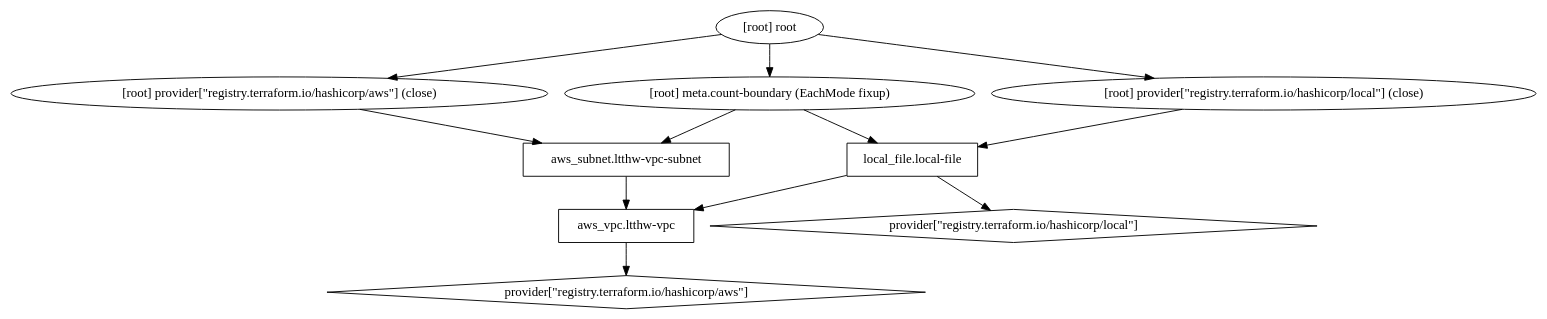
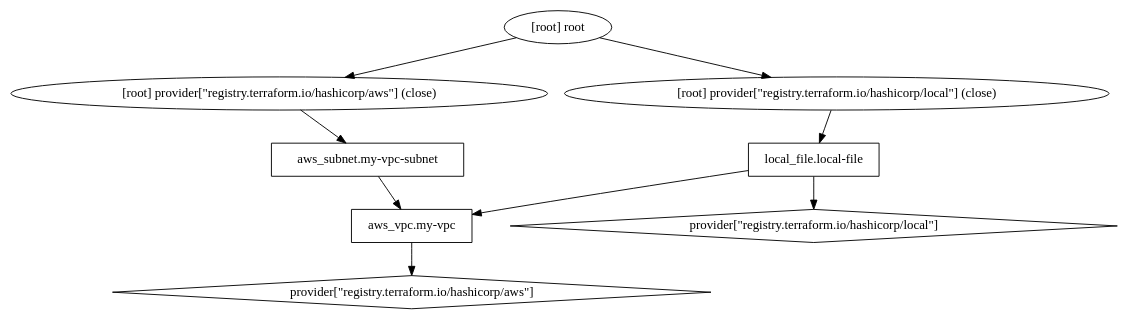
Before and after one commit to hilyas/terraform-cheat-sheet: the diagram in aws_vpc/graph.dot, drawn with Graphviz. The commit also changed 3 other files, not shown here.

```diff
--- a/aws_vpc/graph.dot
+++ b/aws_vpc/graph.dot
@@ -1,22 +1,19 @@
 digraph {
 	compound = "true"
 	newrank = "true"
 	subgraph "root" {
-		"[root] aws_subnet.ltthw-vpc-subnet (expand)" [label = "aws_subnet.ltthw-vpc-subnet", shape = "box"]
-		"[root] aws_vpc.ltthw-vpc (expand)" [label = "aws_vpc.ltthw-vpc", shape = "box"]
+		"[root] aws_subnet.my-vpc-subnet (expand)" [label = "aws_subnet.my-vpc-subnet", shape = "box"]
+		"[root] aws_vpc.my-vpc (expand)" [label = "aws_vpc.my-vpc", shape = "box"]
 		"[root] local_file.local-file (expand)" [label = "local_file.local-file", shape = "box"]
 		"[root] provider[\"registry.terraform.io/hashicorp/aws\"]" [label = "provider[\"registry.terraform.io/hashicorp/aws\"]", shape = "diamond"]
 		"[root] provider[\"registry.terraform.io/hashicorp/local\"]" [label = "provider[\"registry.terraform.io/hashicorp/local\"]", shape = "diamond"]
-		"[root] aws_subnet.ltthw-vpc-subnet (expand)" -> "[root] aws_vpc.ltthw-vpc (expand)"
-		"[root] aws_vpc.ltthw-vpc (expand)" -> "[root] provider[\"registry.terraform.io/hashicorp/aws\"]"
-		"[root] local_file.local-file (expand)" -> "[root] aws_vpc.ltthw-vpc (expand)"
+		"[root] aws_subnet.my-vpc-subnet (expand)" -> "[root] aws_vpc.my-vpc (expand)"
+		"[root] aws_vpc.my-vpc (expand)" -> "[root] provider[\"registry.terraform.io/hashicorp/aws\"]"
+		"[root] local_file.local-file (expand)" -> "[root] aws_vpc.my-vpc (expand)"
 		"[root] local_file.local-file (expand)" -> "[root] provider[\"registry.terraform.io/hashicorp/local\"]"
-		"[root] meta.count-boundary (EachMode fixup)" -> "[root] aws_subnet.ltthw-vpc-subnet (expand)"
-		"[root] meta.count-boundary (EachMode fixup)" -> "[root] local_file.local-file (expand)"
-		"[root] provider[\"registry.terraform.io/hashicorp/aws\"] (close)" -> "[root] aws_subnet.ltthw-vpc-subnet (expand)"
+		"[root] provider[\"registry.terraform.io/hashicorp/aws\"] (close)" -> "[root] aws_subnet.my-vpc-subnet (expand)"
 		"[root] provider[\"registry.terraform.io/hashicorp/local\"] (close)" -> "[root] local_file.local-file (expand)"
-		"[root] root" -> "[root] meta.count-boundary (EachMode fixup)"
 		"[root] root" -> "[root] provider[\"registry.terraform.io/hashicorp/aws\"] (close)"
 		"[root] root" -> "[root] provider[\"registry.terraform.io/hashicorp/local\"] (close)"
 	}
 }
```
